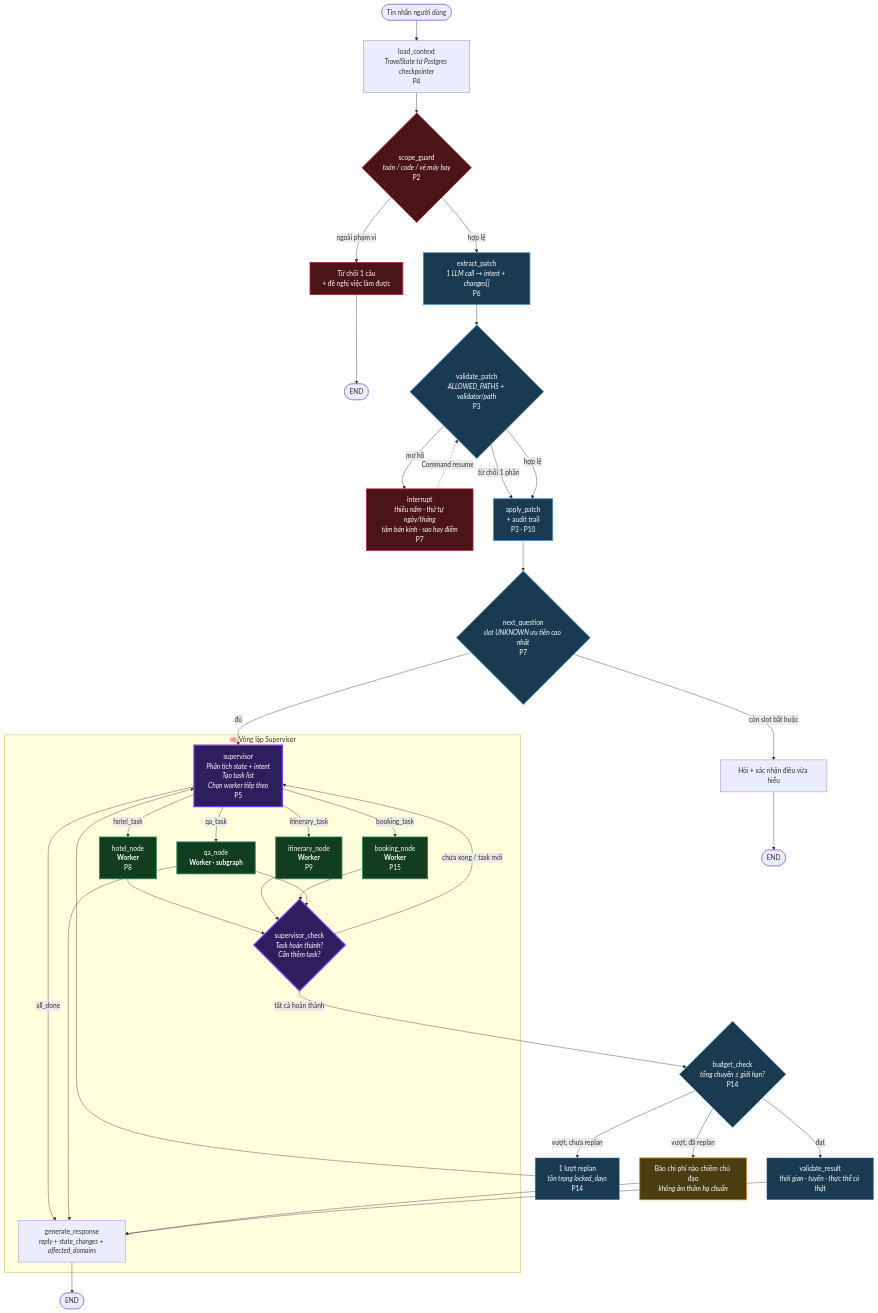
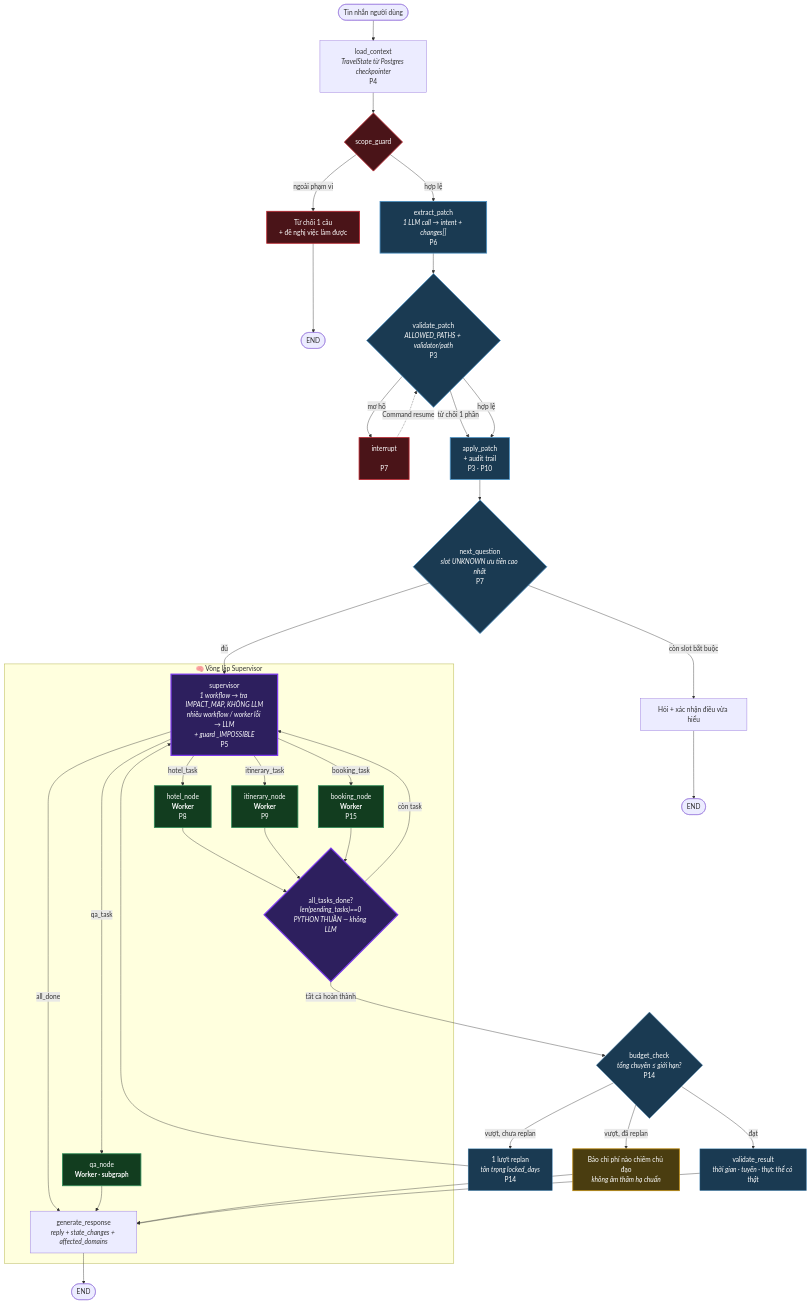
Before and after one commit to 0infinitive0/VSF-Intern-project: the first of 7 diagrams in plans/260812-0927-langgraph-orchestration-state-patch-and-interrupts/target-architecture.md, drawn with Mermaid. The commit also changed 19 other files, not shown here.

````diff
--- a/plans/260812-0927-langgraph-orchestration-state-patch-and-interrupts/target-architecture.md
+++ b/plans/260812-0927-langgraph-orchestration-state-patch-and-interrupts/target-architecture.md
@@ -36,65 +36,64 @@
 ```mermaid
 flowchart TD
     START(["Tin nhắn người dùng"]) --> LC["load_context<br/><i>TravelState từ Postgres checkpointer</i><br/>P4"]
 
-    LC --> SG{"scope_guard<br/><i>toán / code / vé máy bay</i><br/>P2"}
+    LC --> SG{"scope_guard"}
     SG -->|ngoài phạm vi| REFUSE["Từ chối 1 câu<br/>+ đề nghị việc làm được"]
     REFUSE --> END1(["END"])
 
     SG -->|hợp lệ| EX["extract_patch<br/><i>1 LLM call → intent + changes[]</i><br/>P6"]
 
     EX --> VP{"validate_patch<br/><i>ALLOWED_PATHS + validator/path</i><br/>P3"}
 
-    VP -->|mơ hồ| INT["interrupt<br/><i>thiếu năm · thứ tự ngày/tháng<br/>tâm bán kính · sao hay điểm</i><br/>P7"]
+    VP -->|mơ hồ| INT["interrupt<br/><br/>P7"]
     INT -.->|"Command resume"| VP
 
     VP -->|từ chối 1 phần| AP
     VP -->|hợp lệ| AP["apply_patch<br/>+ audit trail<br/>P3 · P10"]
 
     AP --> NQ{"next_question<br/><i>slot UNKNOWN ưu tiên cao nhất</i><br/>P7"}
     NQ -->|còn slot bắt buộc| ASK["Hỏi + xác nhận điều vừa hiểu"]
     ASK --> END2(["END"])
 
     NQ -->|đủ| SUP
 
     subgraph SUPERVISOR_LOOP["🧠 Vòng lặp Supervisor"]
-        SUP["supervisor<br/><i>Phân tích state + intent<br/>Tạo task list<br/>Chọn worker tiếp theo</i><br/>P5"]
+        SUP["supervisor<br/><i>1 workflow → tra IMPACT_MAP, KHÔNG LLM<br/>nhiều workflow / worker lỗi → LLM<br/>+ guard _IMPOSSIBLE</i><br/>P5"]
         SUP -->|hotel_task| HN["hotel_node<br/><b>Worker</b><br/>P8"]
         SUP -->|itinerary_task| IN2["itinerary_node<br/><b>Worker</b><br/>P9"]
         SUP -->|booking_task| BN["booking_node<br/><b>Worker</b><br/>P15"]
         SUP -->|qa_task| QA["qa_node<br/><b>Worker · subgraph</b>"]
         SUP -->|all_done| RESP
 
         HN --> CHECK
         IN2 --> CHECK
         BN --> CHECK
-        QA --> CHECK
-        CHECK{"supervisor_check<br/><i>Task hoàn thành?<br/>Cần thêm task?</i>"} -->|chưa xong / task mới| SUP
+        CHECK{"all_tasks_done?<br/><i>len(pending_tasks)==0<br/>PYTHON THUẦN — không LLM</i>"} -->|còn task| SUP
     end
 
     CHECK -->|tất cả hoàn thành| BC{"budget_check<br/><i>tổng chuyến ≤ giới hạn?</i><br/>P14"}
 
     BC -->|vượt, chưa replan| REPLAN["1 lượt replan<br/><i>tôn trọng locked_days</i><br/>P14"]
     REPLAN --> SUP
     BC -->|vượt, đã replan| OVER["Báo chi phí nào chiếm chủ đạo<br/><i>không âm thầm hạ chuẩn</i>"]
     BC -->|đạt| VR["validate_result<br/><i>thời gian · tuyến · thực thể có thật</i>"]
 
     QA --> RESP
     OVER --> RESP
     VR --> RESP["generate_response<br/><i>reply + state_changes + affected_domains</i>"]
     RESP --> END3(["END"])
 
     class SG,INT,REFUSE guard
     class EX,VP,AP,NQ state
     class SUP,CHECK supervisor
     class HN,IN2,BN,QA worker
     class BC,REPLAN,VR flow
     class OVER report
 
     classDef guard fill:#4a1418,stroke:#b8232c,stroke-width:2px,color:#fff
     classDef state fill:#1a3a52,stroke:#4a90c2,stroke-width:2px,color:#fff
     classDef supervisor fill:#2d1f5e,stroke:#7c3aed,stroke-width:3px,color:#fff
     classDef worker fill:#123d1f,stroke:#2e8b57,stroke-width:2px,color:#fff
     classDef flow fill:#1a3a52,stroke:#4a90c2,stroke-width:1px,color:#fff
     classDef report fill:#4a3d10,stroke:#b8860b,stroke-width:2px,color:#fff
 ```
````
